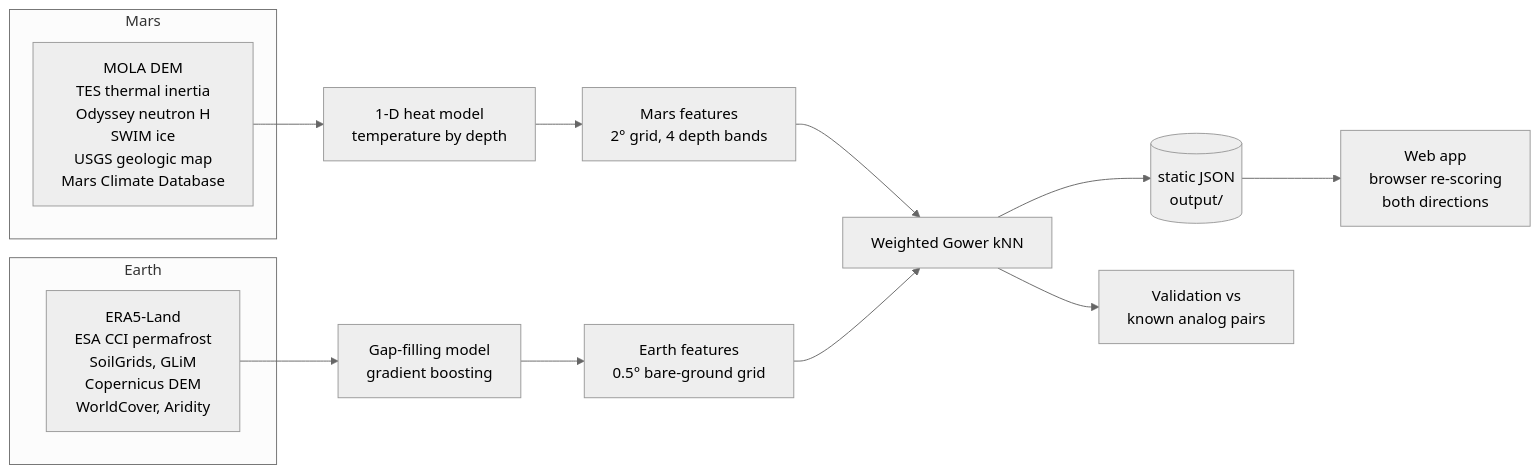
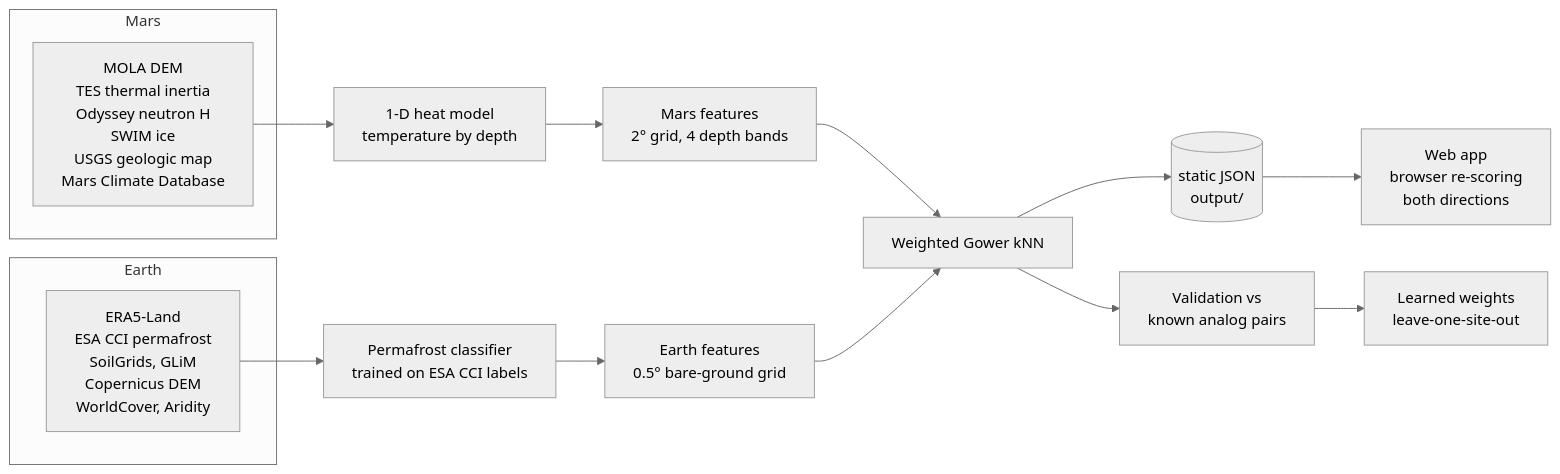
Before and after one commit to dominic-chw/SpaceApps2026: the diagram in README.md, drawn with Mermaid (neutral theme). The commit also changed other lines of this file and 6 other files, not shown here.

````diff
--- a/README.md
+++ b/README.md
@@ -44,18 +47,19 @@
 ```mermaid
 flowchart LR
   subgraph Mars
     M1[MOLA DEM<br/>TES thermal inertia<br/>Odyssey neutron H<br/>SWIM ice<br/>USGS geologic map<br/>Mars Climate Database]
   end
   subgraph Earth
     E1[ERA5-Land<br/>ESA CCI permafrost<br/>SoilGrids, GLiM<br/>Copernicus DEM<br/>WorldCover, Aridity]
   end
   M1 --> H[1-D heat model<br/>temperature by depth]
   H --> MF[Mars features<br/>2° grid, 4 depth bands]
-  E1 --> GAP[Gap-filling model<br/>gradient boosting]
-  GAP --> EF[Earth features<br/>0.5° bare-ground grid]
+  E1 --> PF[Permafrost classifier<br/>trained on ESA CCI labels]
+  PF --> EF[Earth features<br/>0.5° bare-ground grid]
   MF --> K[Weighted Gower kNN]
   EF --> K
   K --> J[(static JSON<br/>output/)]
   J --> W[Web app<br/>browser re-scoring<br/>both directions]
   K --> V[Validation vs<br/>known analog pairs]
+  V --> LW[Learned weights<br/>leave-one-site-out]
 ```
````
